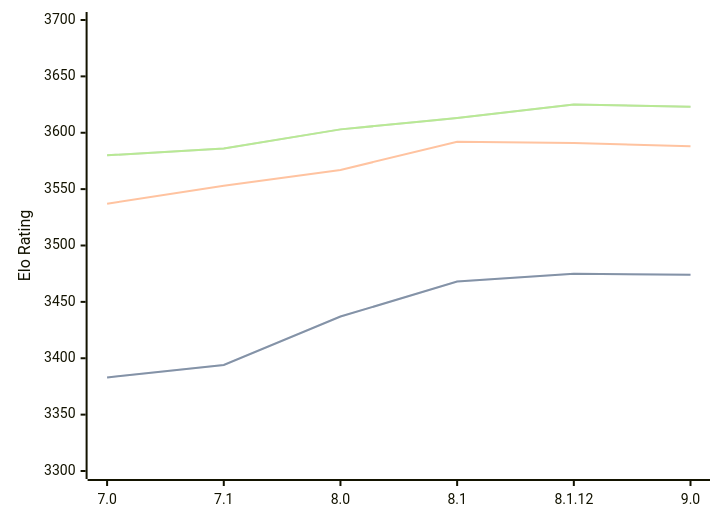
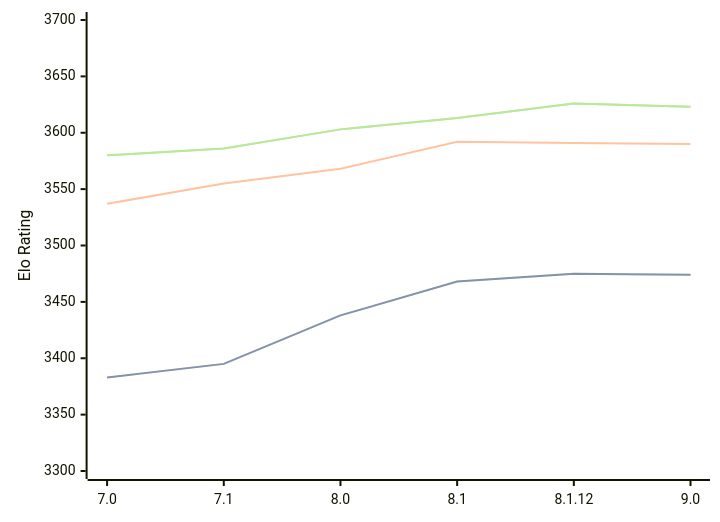
The diagram in engines/Alexandria.md (computer-chess-index/cci), drawn with Mermaid before and after one commit. The commit also changed other lines of this file, not shown here.

Commit message:
Update CCI Ratings (ELO VLTC) - 2026-05-13

````diff
--- a/engines/Alexandria.md
+++ b/engines/Alexandria.md
@@ -55,11 +55,11 @@
 ```mermaid
 %%{init: {"theme":"base","themeVariables":{"seriesColors:['#a3a3a3','#222221','#faa371']}}}%%
 xychart-beta
   x-axis ["7.0", "7.1", "8.0", "8.1", "8.1.12", "9.0"]
   y-axis "Elo Rating" 3300 --> 3700
-  line "STC (8.0+0.08s)" [3383, 3394, 3437, 3468, 3475, 3474]
-  line "STC (8.0+0.08s)" [3383, 3394, 3437, 3468, 3475, 3474]
-  line "LTC (60.0+0.60s)" [3537, 3553, 3567, 3592, 3591, 3588]
-  line "VLTC (2m24s+1.12s)" [3580, 3586, 3603, 3613, 3625, 3623]
-  line "VLTC (2m24s+1.12s)" [3580, 3586, 3603, 3613, 3625, 3623]
+  line "STC (8.0+0.08s)" [3383, 3395, 3438, 3468, 3475, 3474]
+  line "STC (8.0+0.08s)" [3383, 3395, 3438, 3468, 3475, 3474]
+  line "LTC (60.0+0.60s)" [3537, 3555, 3568, 3592, 3591, 3590]
+  line "VLTC (2m24s+1.12s)" [3580, 3586, 3603, 3613, 3626, 3623]
+  line "VLTC (2m24s+1.12s)" [3580, 3586, 3603, 3613, 3626, 3623]
 ```
````
